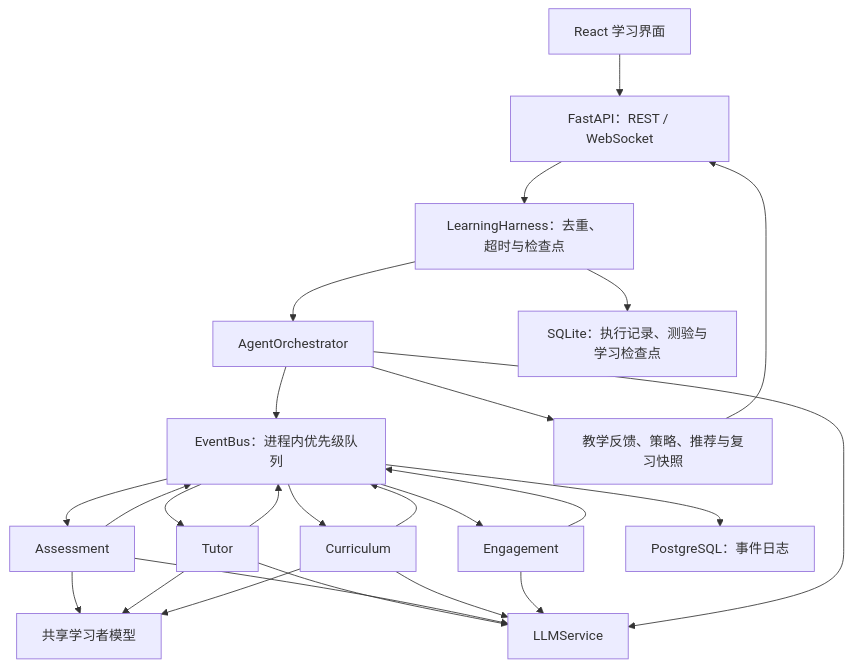
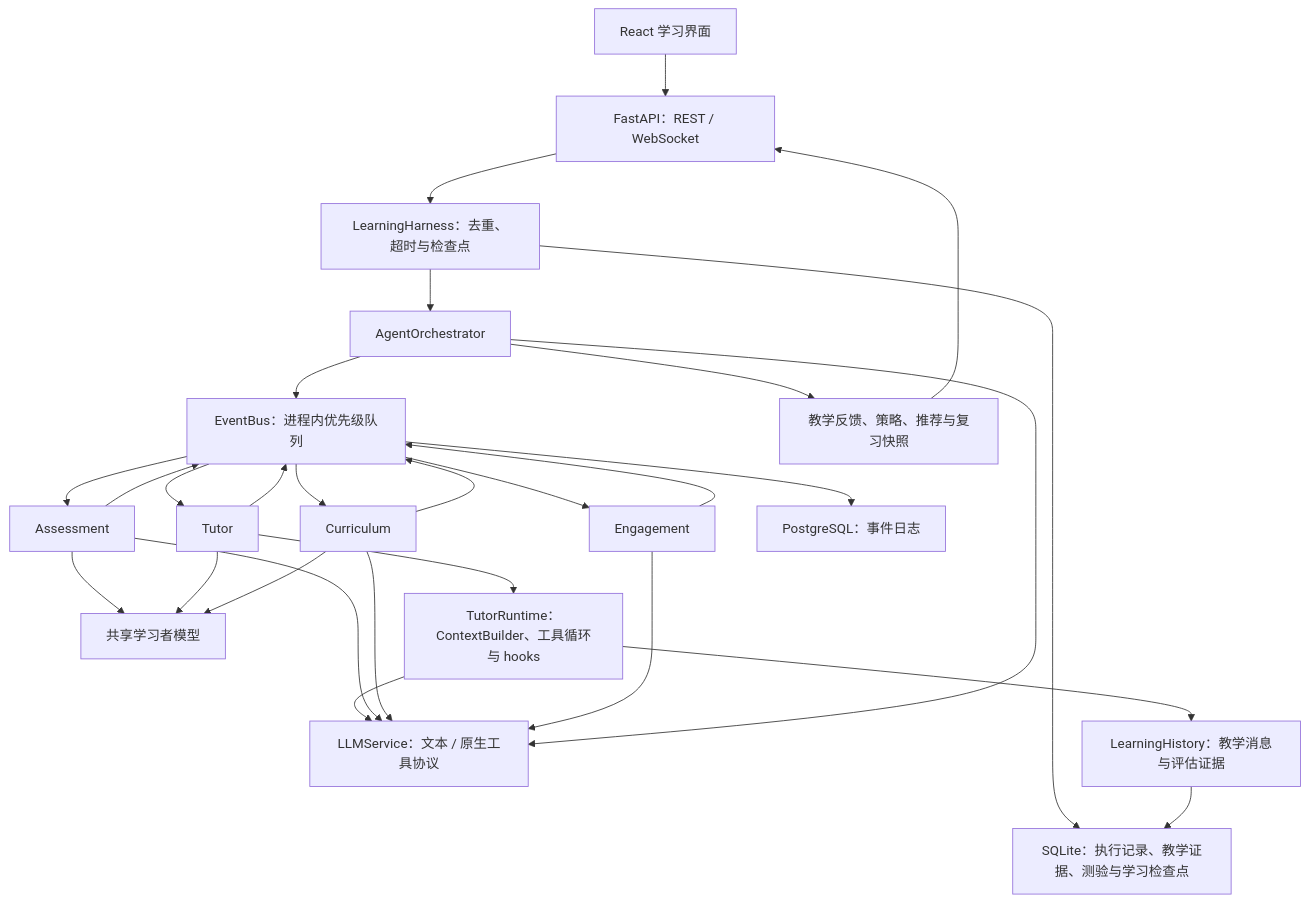
Before and after one commit to codedog678/eduagent: the diagram in README.md, drawn with Mermaid. The commit also changed other lines of this file and 18 other files, not shown here.

First line of the commit message:
feat: add cross-session tutor harness and learning evidence

````diff
--- a/README.md
+++ b/README.md
@@ -63,27 +77,30 @@
 ```mermaid
 flowchart TD
     UI["React 学习界面"] --> API["FastAPI：REST / WebSocket"]
     API --> HARNESS["LearningHarness：去重、超时与检查点"]
     HARNESS --> ORCH["AgentOrchestrator"]
     ORCH --> BUS["EventBus：进程内优先级队列"]
     BUS --> A["Assessment"]
     BUS --> T["Tutor"]
     BUS --> C["Curriculum"]
     BUS --> E["Engagement"]
     A --> BUS
     T --> BUS
     C --> BUS
     E --> BUS
     A --> MODEL["共享学习者模型"]
     T --> MODEL
     C --> MODEL
-    T --> LLM["LLMService"]
+    T --> RUNTIME["TutorRuntime：ContextBuilder、工具循环与 hooks"]
+    RUNTIME --> LLM["LLMService：文本 / 原生工具协议"]
+    RUNTIME --> HISTORY["LearningHistory：教学消息与评估证据"]
     A --> LLM
     C --> LLM
     E --> LLM
     ORCH --> LLM
     BUS --> DB["PostgreSQL：事件日志"]
-    HARNESS --> STATE["SQLite：执行记录、测验与学习检查点"]
+    HARNESS --> STATE["SQLite：执行记录、教学证据、测验与学习检查点"]
+    HISTORY --> STATE
     ORCH --> RESULT["教学反馈、策略、推荐与复习快照"]
     RESULT --> API
 ```
````
